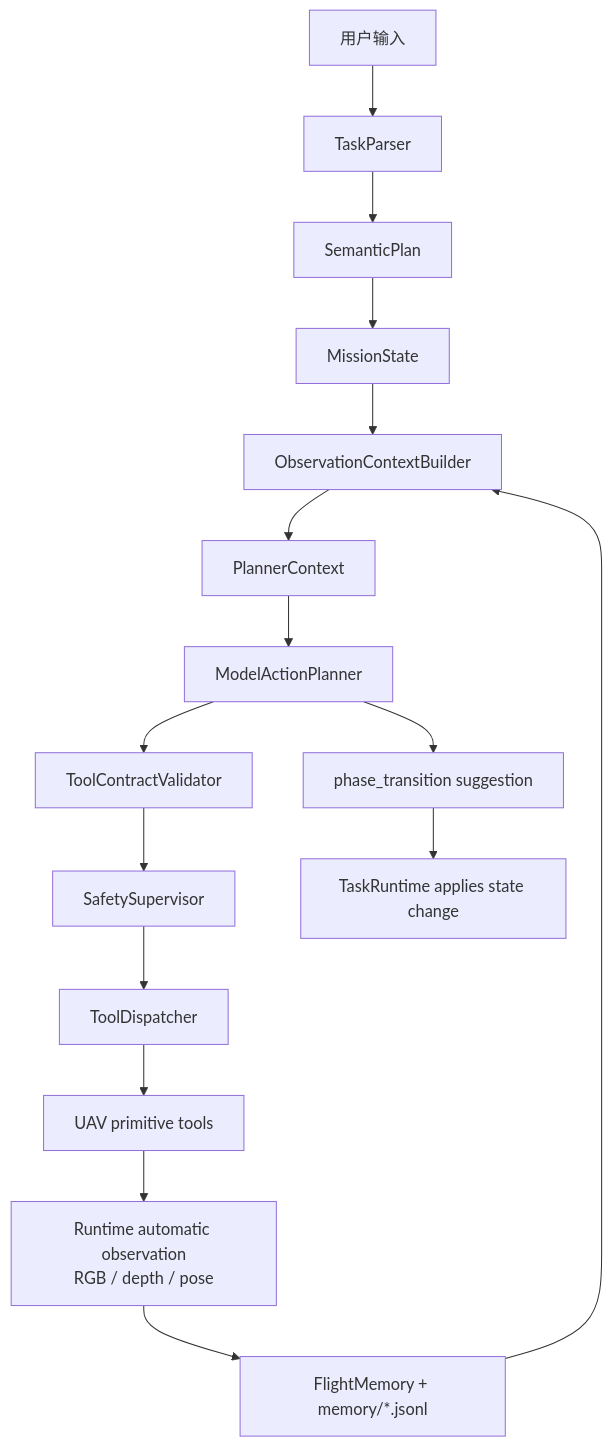
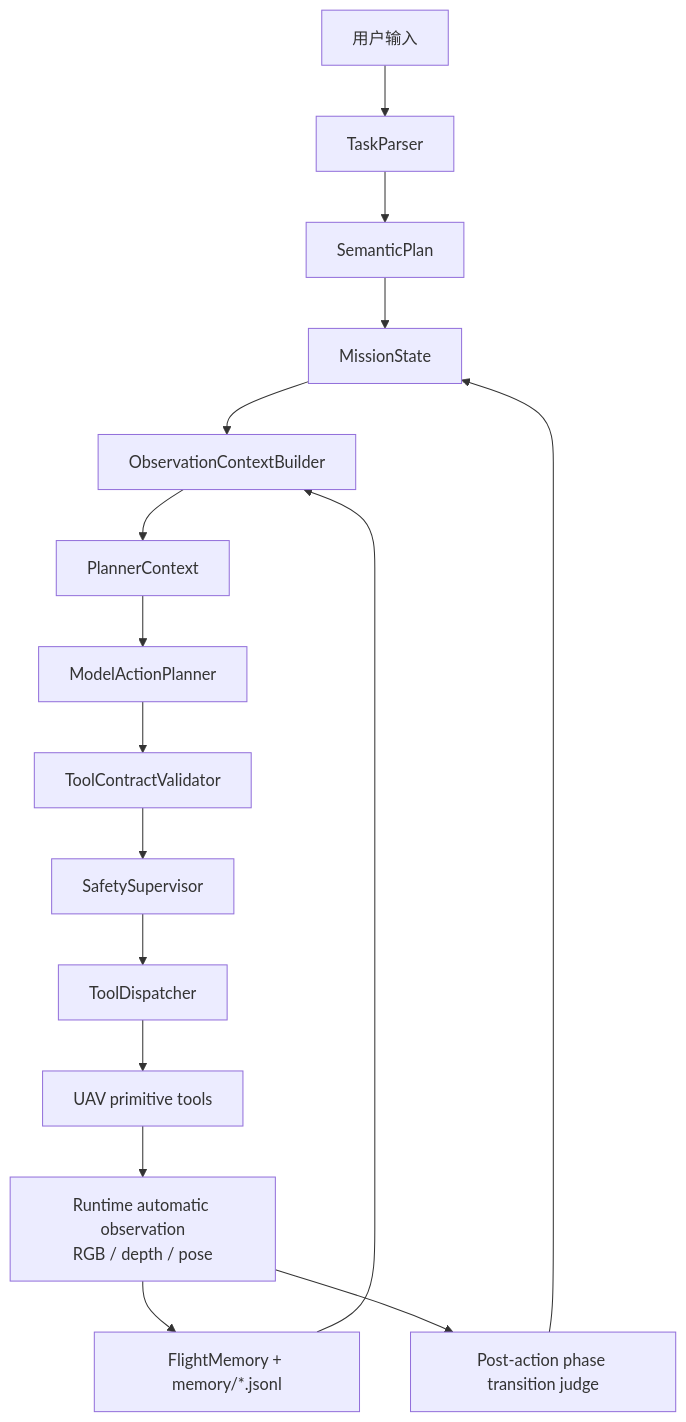
The diagram in docs/mvp_plan.md (LZ6years/AeroPilot), drawn with Mermaid before and after one commit. The commit also changed other lines of this file and 32 other files, not shown here.

````diff
--- a/docs/mvp_plan.md
+++ b/docs/mvp_plan.md
@@ -24,18 +23,18 @@
 ```mermaid
 flowchart TD
     U["用户输入"] --> TP["TaskParser"]
     TP --> SP["SemanticPlan"]
     SP --> MS["MissionState"]
     MS --> CB["ObservationContextBuilder"]
     CB --> PC["PlannerContext"]
     PC --> MAP["ModelActionPlanner"]
     MAP --> TCV["ToolContractValidator"]
     TCV --> SS["SafetySupervisor"]
     SS --> TD["ToolDispatcher"]
     TD --> UAV["UAV primitive tools"]
     UAV --> OBS["Runtime automatic observation<br/>RGB / depth / pose"]
     OBS --> MEM["FlightMemory + memory/*.jsonl"]
     MEM --> CB
-    MAP --> PT["phase_transition suggestion"]
-    PT --> RT["TaskRuntime applies state change"]
+    OBS --> J["Post-action phase transition judge"]
+    J --> MS
 ```
````
